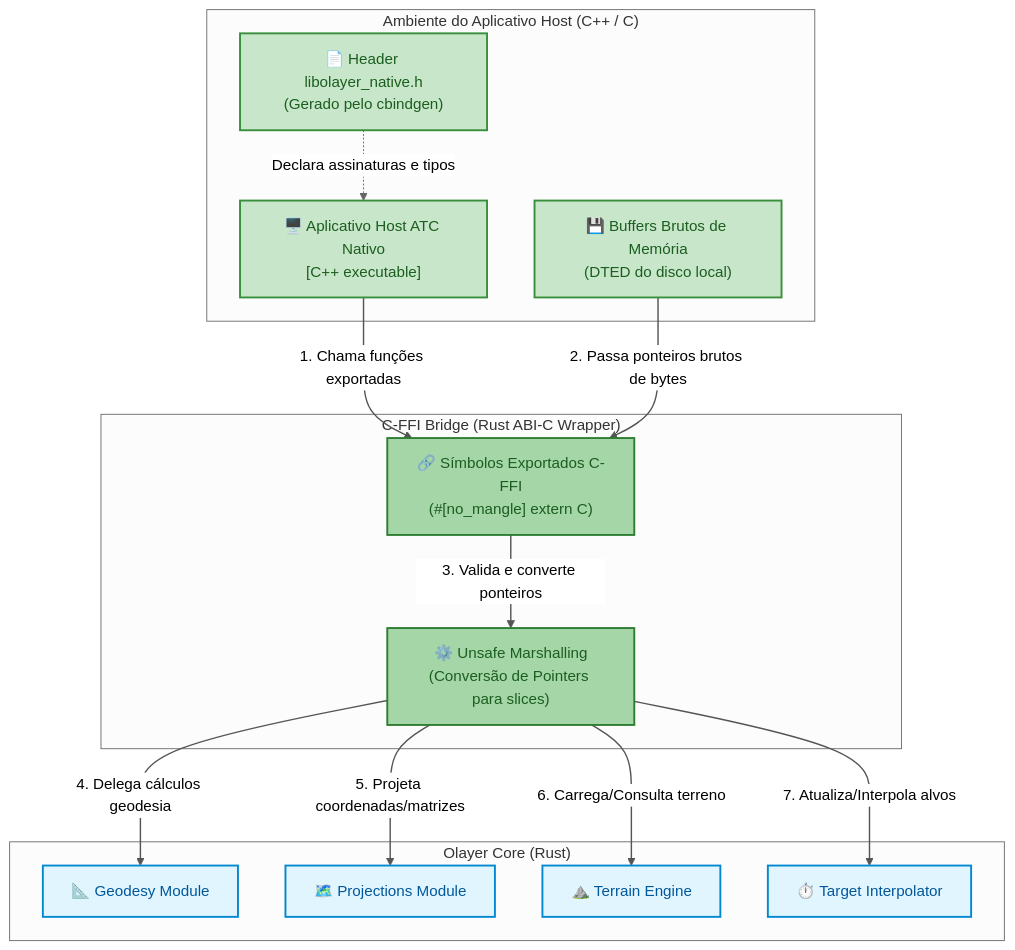
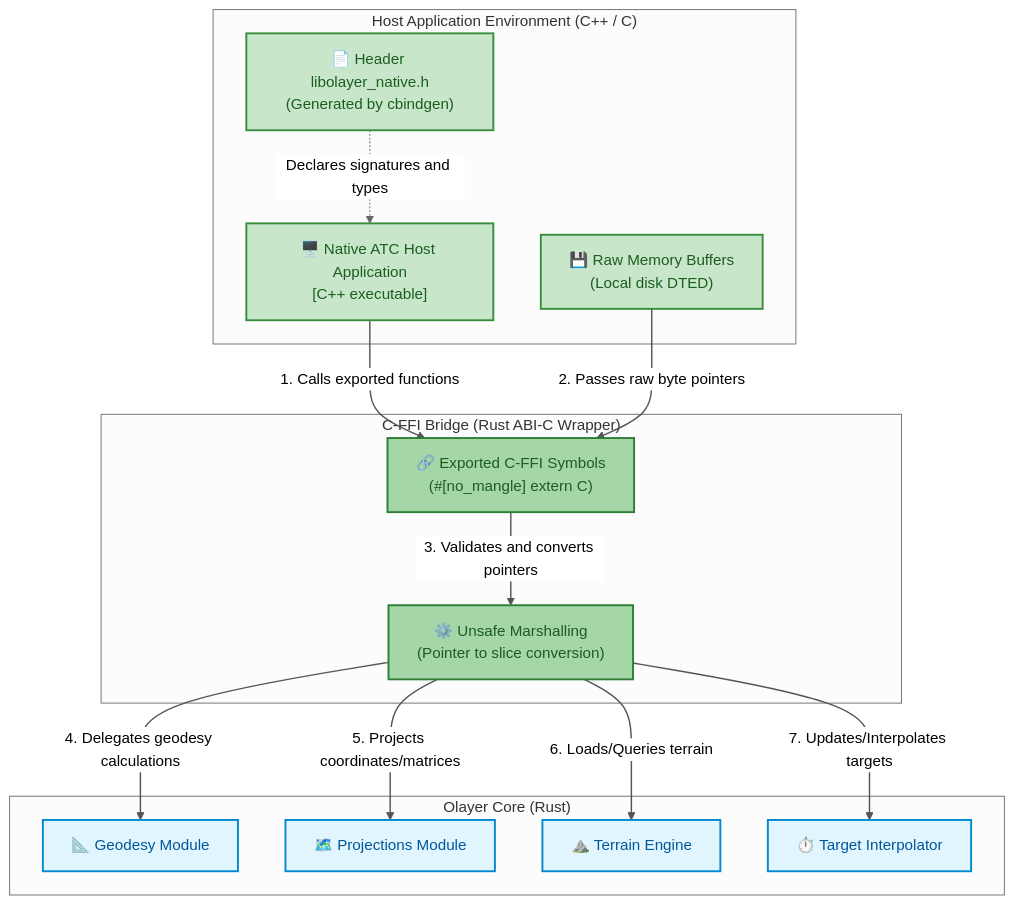
Before and after one commit to rodoni/olayer: the diagram in docs/sdk/native/c_ffi_bridge/arch.md, drawn with Mermaid (neutral theme). The commit also changed other lines of this file and 29 other files, not shown here.

````diff
--- a/docs/sdk/native/c_ffi_bridge/arch.md
+++ b/docs/sdk/native/c_ffi_bridge/arch.md
@@ -13,38 +13,38 @@
 ```mermaid
 graph TB
     classDef native fill:#C8E6C9,stroke:#388E3C,color:#1B5E20,stroke-width:2px;
     classDef ffi fill:#A5D6A7,stroke:#2E7D32,color:#1B5E20,stroke-width:2px;
     classDef core fill:#E1F5FE,stroke:#0288D1,color:#01579B,stroke-width:2px;
 
-    subgraph Native_Client_Environment ["Ambiente do Aplicativo Host (C++ / C)"]
-        host_app["🖥️ Aplicativo Host ATC Nativo<br>[C++ executable]"]:::native
-        raw_buffers["💾 Buffers Brutos de Memória<br>(DTED do disco local)"]:::native
-        lib_h["📄 Header libolayer_native.h<br>(Gerado pelo cbindgen)"]:::native
+    subgraph Native_Client_Environment ["Host Application Environment (C++ / C)"]
+        host_app["🖥️ Native ATC Host Application<br>[C++ executable]"]:::native
+        raw_buffers["💾 Raw Memory Buffers<br>(Local disk DTED)"]:::native
+        lib_h["📄 Header libolayer_native.h<br>(Generated by cbindgen)"]:::native
     end
 
     subgraph C_FFI_Bridge_Boundary ["C-FFI Bridge (Rust ABI-C Wrapper)"]
-        ffi_symbols["🔗 Símbolos Exportados C-FFI<br>(#[no_mangle] extern C)"]:::ffi
-        unsafe_translator["⚙️ Unsafe Marshalling<br>(Conversão de Pointers para slices)"]:::ffi
+        ffi_symbols["🔗 Exported C-FFI Symbols<br>(#[no_mangle] extern C)"]:::ffi
+        unsafe_translator["⚙️ Unsafe Marshalling<br>(Pointer to slice conversion)"]:::ffi
     end
 
     subgraph Rust_Core_Engine ["Olayer Core (Rust)"]
         geodesy["📐 Geodesy Module"]:::core
         projections["🗺️ Projections Module"]:::core
         terrain["⛰️ Terrain Engine"]:::core
         interpolator["⏱️ Target Interpolator"]:::core
     end
 
-    %% Integração e Compilação
-    lib_h -.->|Declara assinaturas e tipos| host_app
-    host_app -->|1. Chama funções exportadas| ffi_symbols
-    raw_buffers -->|2. Passa ponteiros brutos de bytes| ffi_symbols
-    ffi_symbols -->|3. Valida e converte ponteiros| unsafe_translator
+    %% Integration and Compilation
+    lib_h -.->|Declares signatures and types| host_app
+    host_app -->|1. Calls exported functions| ffi_symbols
+    raw_buffers -->|2. Passes raw byte pointers| ffi_symbols
+    ffi_symbols -->|3. Validates and converts pointers| unsafe_translator
 
-    %% Encaminhamento para o Core
-    unsafe_translator -->|4. Delega cálculos geodesia| geodesy
-    unsafe_translator -->|5. Projeta coordenadas/matrizes| projections
-    unsafe_translator -->|6. Carrega/Consulta terreno| terrain
-    unsafe_translator -->|7. Atualiza/Interpola alvos| interpolator
+    %% Forwarding to Core
+    unsafe_translator -->|4. Delegates geodesy calculations| geodesy
+    unsafe_translator -->|5. Projects coordinates/matrices| projections
+    unsafe_translator -->|6. Loads/Queries terrain| terrain
+    unsafe_translator -->|7. Updates/Interpolates targets| interpolator
 
     linkStyle 1,2,3,4,5,6,7 stroke:#555,stroke-width:1.5px;
 ```
````
